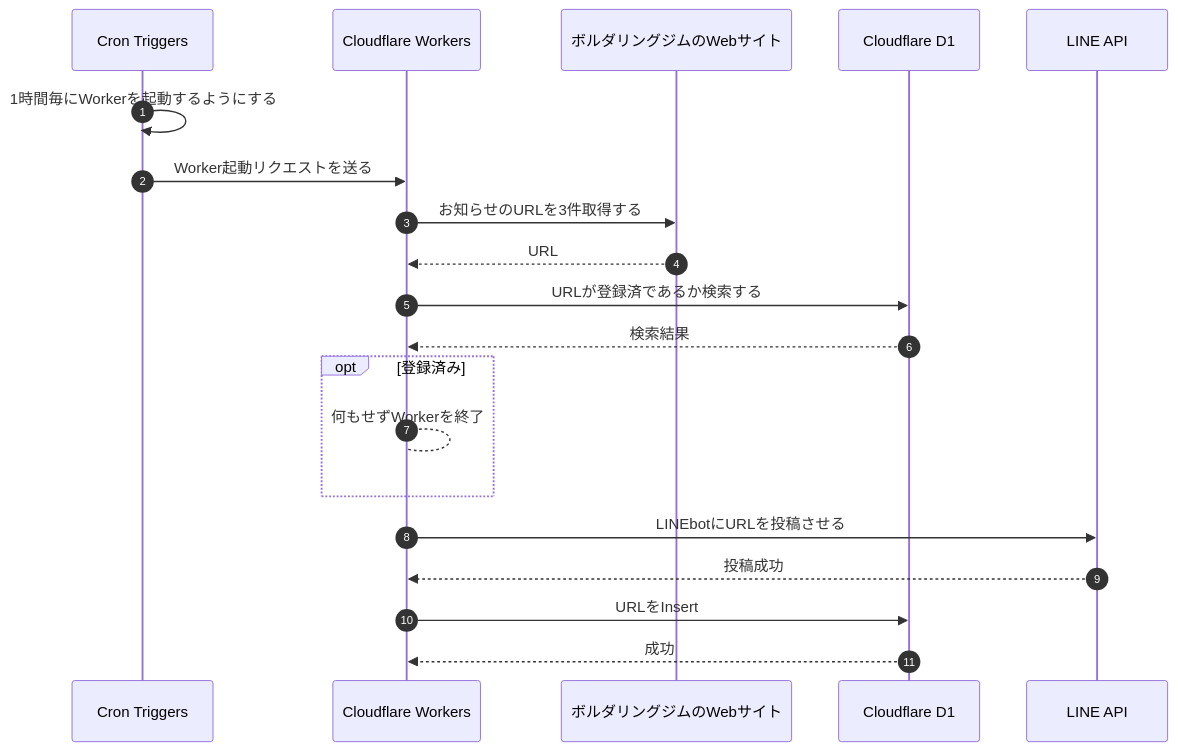
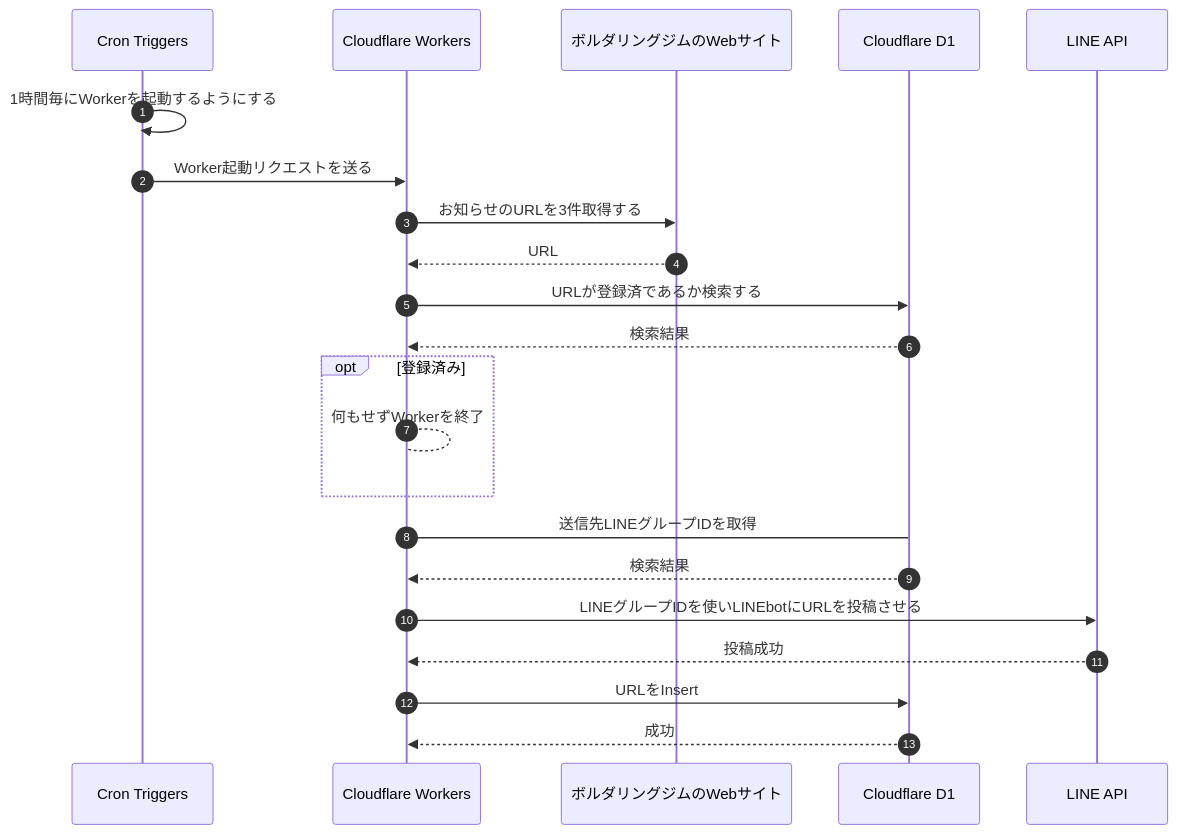
Before and after one commit to coniva-bouldering/bouldering-gym-notifier: the first of 2 diagrams in README.md, drawn with Mermaid. The commit also changed other lines of this file, not shown here.

````diff
--- a/README.md
+++ b/README.md
@@ -7,23 +18,25 @@
 ```mermaid
 sequenceDiagram
     autonumber
     participant cron as Cron Triggers
     participant worker as Cloudflare Workers
     participant web as ボルダリングジムのWebサイト
     participant db as Cloudflare D1
     participant line as LINE API
 
     cron->>cron: 1時間毎にWorkerを起動するようにする
     cron->>worker: Worker起動リクエストを送る
     worker->>web: お知らせのURLを3件取得する
     web-->>worker: URL
     worker->>db: URLが登録済であるか検索する
     db-->>worker: 検索結果
     opt 登録済み
         worker-->worker: 何もせずWorkerを終了
     end
-    worker->>line: LINEbotにURLを投稿させる
+    worker->db: 送信先LINEグループIDを取得
+    db-->>worker: 検索結果
+    worker->>line: LINEグループIDを使いLINEbotにURLを投稿させる
     line-->>worker: 投稿成功
     worker->>db: URLをInsert
     db-->>worker: 成功
 ```
````
